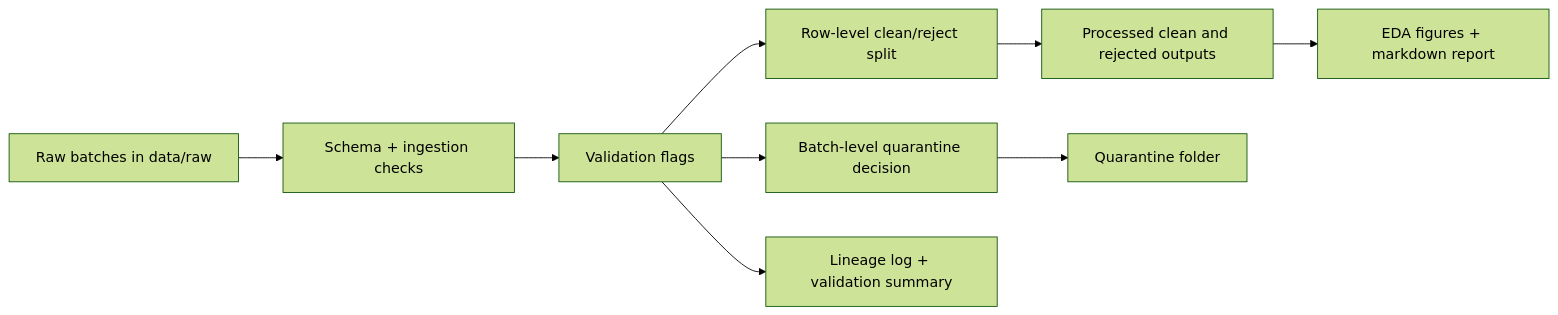
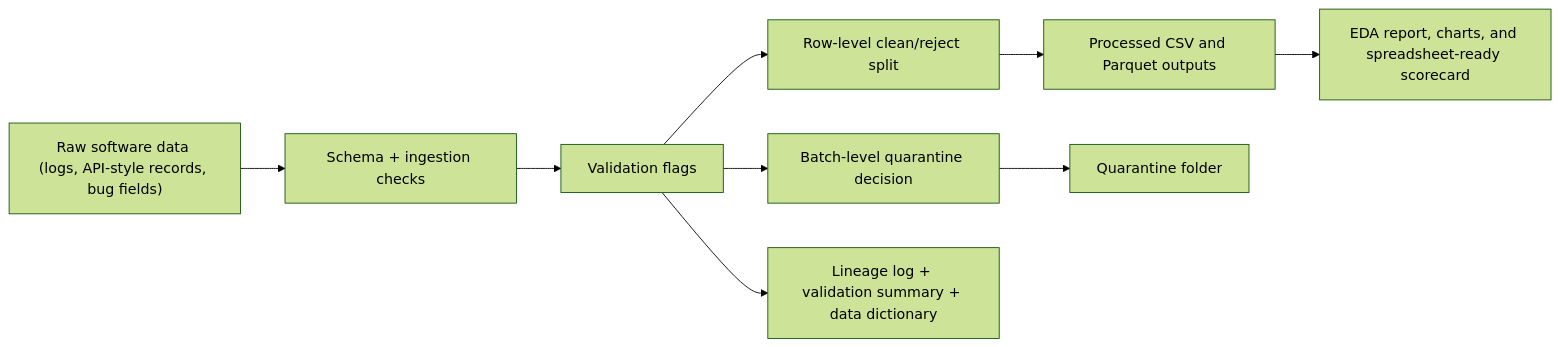
Before and after one commit to dannykivoto/data-wrangling-qa-pipeline: the diagram in README.md, drawn with Mermaid (forest theme). The commit also changed other lines of this file and 9 other files, not shown here.

````diff
--- a/README.md
+++ b/README.md
@@ -34,11 +36,11 @@
 ```mermaid
 flowchart LR
-    A["Raw batches in data/raw"] --> B["Schema + ingestion checks"]
+    A["Raw software data (logs, API-style records, bug fields)"] --> B["Schema + ingestion checks"]
     B --> C["Validation flags"]
     C --> D["Row-level clean/reject split"]
     C --> E["Batch-level quarantine decision"]
-    D --> F["Processed clean and rejected outputs"]
+    D --> F["Processed CSV and Parquet outputs"]
     E --> G["Quarantine folder"]
-    C --> H["Lineage log + validation summary"]
-    F --> I["EDA figures + markdown report"]
+    C --> H["Lineage log + validation summary + data dictionary"]
+    F --> I["EDA report, charts, and spreadsheet-ready scorecard"]
 ```
````
